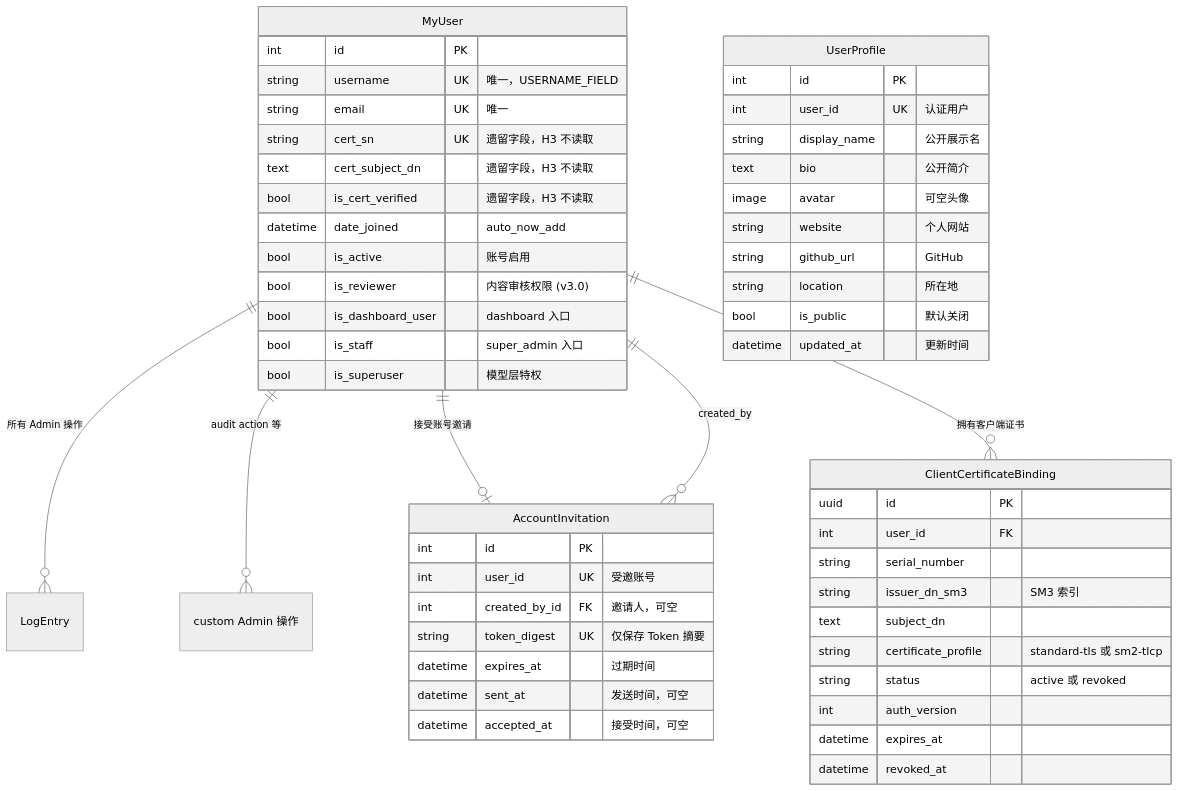
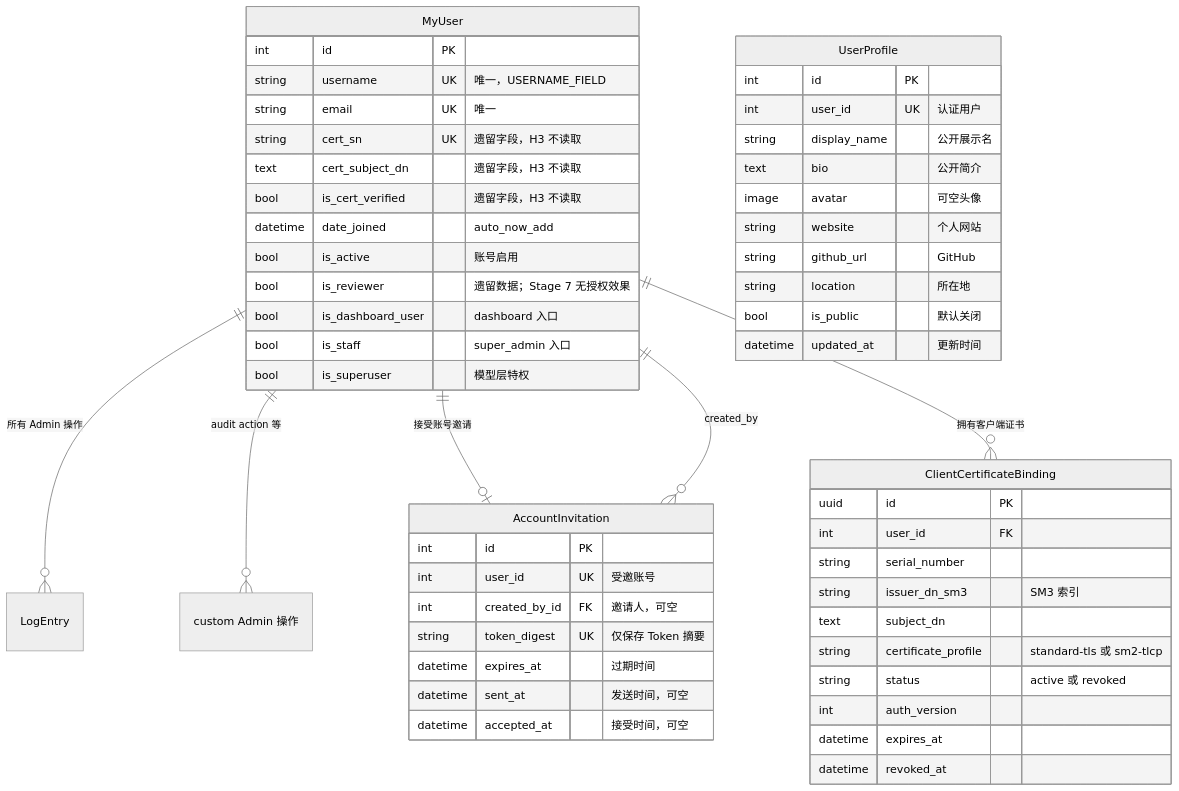
One commit to se-veN714/PowerAdapterBlogs changed the sixth of 6 diagrams in accounts/DEVELOPMENT.md. Above: the diagram before and after it, drawn with Mermaid (neutral theme). The commit also changed other lines of this file and 9 other files, not shown here.

````diff
--- a/accounts/DEVELOPMENT.md
+++ b/accounts/DEVELOPMENT.md
@@ -566,59 +567,59 @@
 ```mermaid
 erDiagram
     MyUser ||--o{ LogEntry : "所有 Admin 操作"
     MyUser ||--o{ "custom Admin 操作" : "audit action 等"
     MyUser ||--o| AccountInvitation : "接受账号邀请"
     MyUser ||--o{ AccountInvitation : "created_by"
     MyUser ||--o{ ClientCertificateBinding : "拥有客户端证书"
 
     MyUser {
         int id PK
         string username UK "唯一，USERNAME_FIELD"
         string email UK "唯一"
         string cert_sn UK "遗留字段，H3 不读取"
         text cert_subject_dn "遗留字段，H3 不读取"
         bool is_cert_verified "遗留字段，H3 不读取"
         datetime date_joined "auto_now_add"
         bool is_active "账号启用"
-        bool is_reviewer "内容审核权限 (v3.0)"
+        bool is_reviewer "遗留数据；Stage 7 无授权效果"
         bool is_dashboard_user "dashboard 入口"
         bool is_staff "super_admin 入口"
         bool is_superuser "模型层特权"
     }
 
     AccountInvitation {
         int id PK
         int user_id UK "受邀账号"
         int created_by_id FK "邀请人，可空"
         string token_digest UK "仅保存 Token 摘要"
         datetime expires_at "过期时间"
         datetime sent_at "发送时间，可空"
         datetime accepted_at "接受时间，可空"
     }
 
     ClientCertificateBinding {
         uuid id PK
         int user_id FK
         string serial_number
         string issuer_dn_sm3 "SM3 索引"
         text subject_dn
         string certificate_profile "standard-tls 或 sm2-tlcp"
         string status "active 或 revoked"
         int auth_version
         datetime expires_at
         datetime revoked_at
     }
 
     UserProfile {
         int id PK
         int user_id UK "认证用户"
         string display_name "公开展示名"
         text bio "公开简介"
         image avatar "可空头像"
         string website "个人网站"
         string github_url "GitHub"
         string location "所在地"
         bool is_public "默认关闭"
         datetime updated_at "更新时间"
     }
 ```
````
